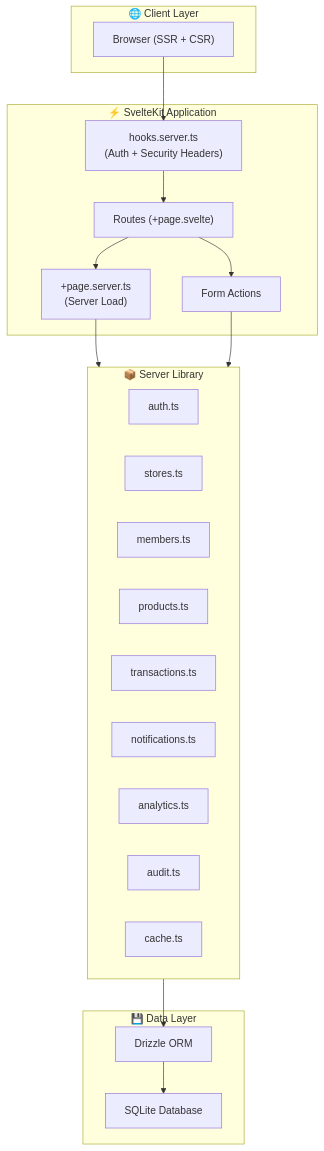
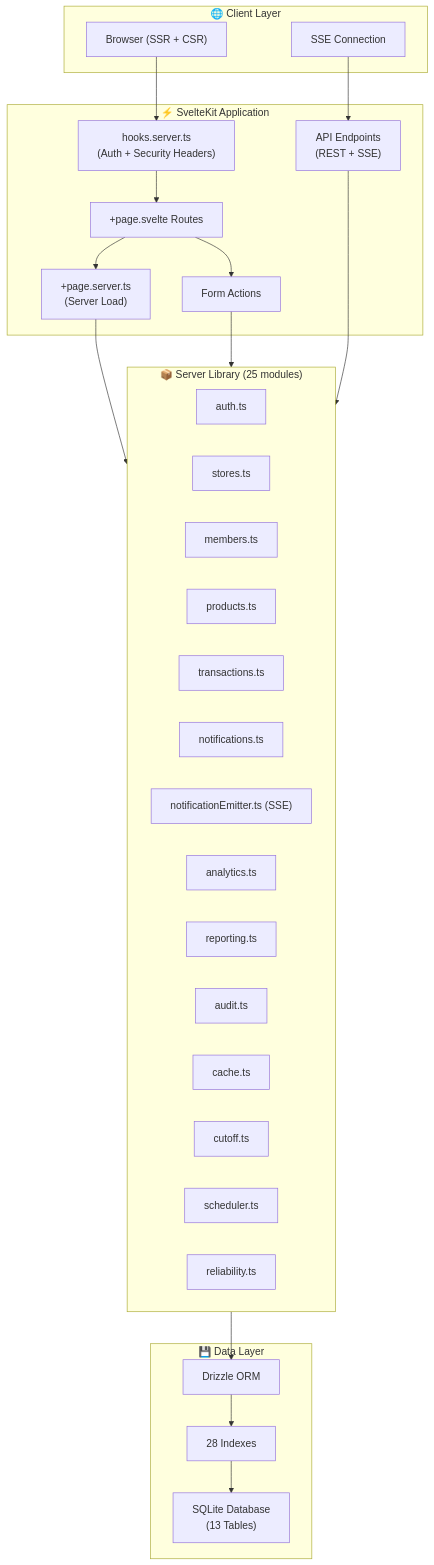
One commit to dayate/TitipIN changed the first of 5 diagrams in docs/ARCHITECTURE.md. Above: the diagram before and after it, drawn with Mermaid. The commit also changed other lines of this file and 14 other files, not shown here.

````diff
--- a/docs/ARCHITECTURE.md
+++ b/docs/ARCHITECTURE.md
@@ -10,39 +11,50 @@
 ```mermaid
 graph TB
     subgraph Client["🌐 Client Layer"]
         Browser["Browser (SSR + CSR)"]
+        SSE["SSE Connection"]
     end
 
     subgraph SvelteKit["⚡ SvelteKit Application"]
         Hooks["hooks.server.ts<br/>(Auth + Security Headers)"]
-        Routes["Routes (+page.svelte)"]
+        Routes["+page.svelte Routes"]
         ServerLoad["+page.server.ts<br/>(Server Load)"]
         Actions["Form Actions"]
+        API["API Endpoints<br/>(REST + SSE)"]
     end
 
-    subgraph ServerLib["📦 Server Library"]
+    subgraph ServerLib["📦 Server Library (25 modules)"]
         Auth["auth.ts"]
         Stores["stores.ts"]
         Members["members.ts"]
         Products["products.ts"]
         Transactions["transactions.ts"]
         Notifications["notifications.ts"]
+        NotifEmitter["notificationEmitter.ts (SSE)"]
         Analytics["analytics.ts"]
+        Reporting["reporting.ts"]
         Audit["audit.ts"]
         Cache["cache.ts"]
+        Cutoff["cutoff.ts"]
+        Scheduler["scheduler.ts"]
+        Reliability["reliability.ts"]
     end
 
     subgraph Data["💾 Data Layer"]
         Drizzle["Drizzle ORM"]
-        SQLite["SQLite Database"]
+        Indexes["28 Indexes"]
+        SQLite["SQLite Database<br/>(13 Tables)"]
     end
 
     Browser --> Hooks
+    SSE --> API
     Hooks --> Routes
     Routes --> ServerLoad
     Routes --> Actions
     ServerLoad --> ServerLib
     Actions --> ServerLib
+    API --> ServerLib
     ServerLib --> Drizzle
-    Drizzle --> SQLite
+    Drizzle --> Indexes
+    Indexes --> SQLite
 ```
````
